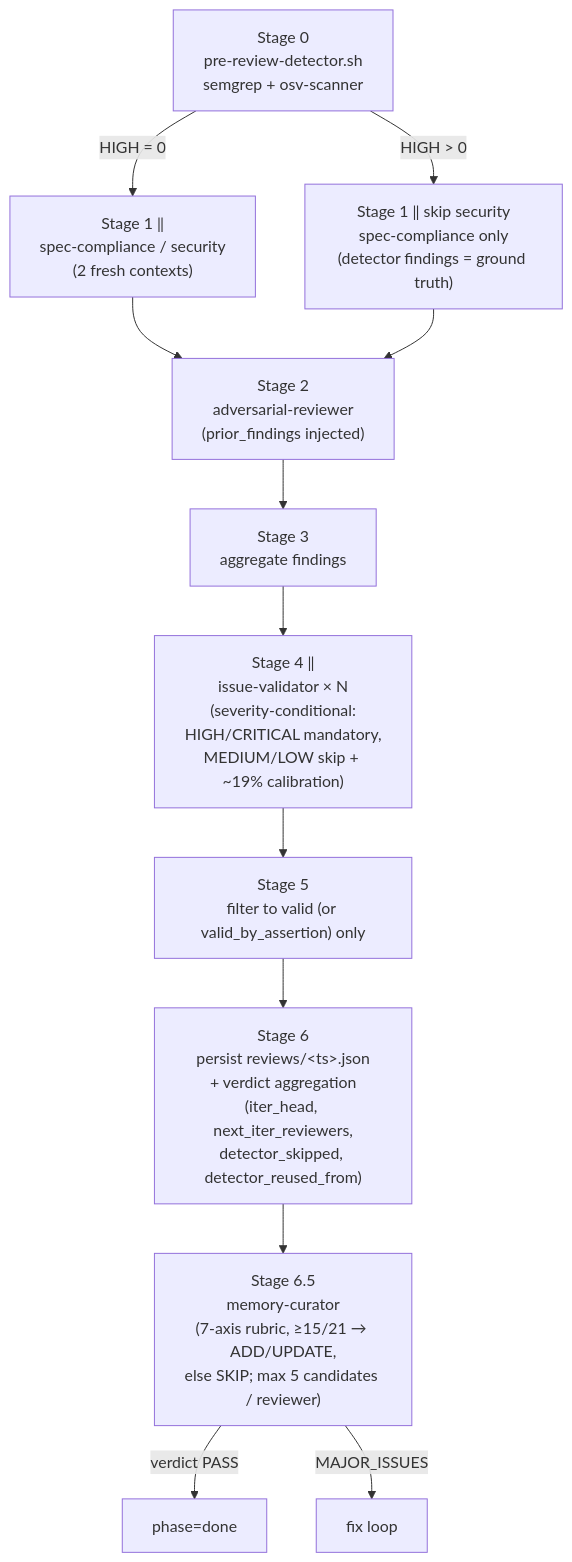
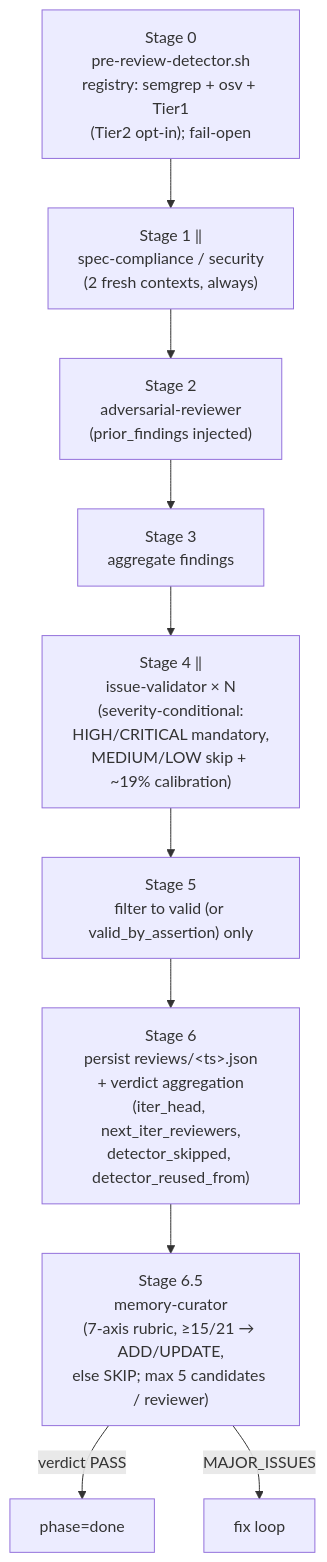
Before and after one commit to iroha924/mumei: the second of 2 diagrams in ARCHITECTURE.md, drawn with Mermaid. The commit also changed other lines of this file and 25 other files, not shown here.

First line of the commit message:
feat: class-aware fail-open review engine + standalone /mumei:review (REQ-27) (#115)

````diff
--- a/ARCHITECTURE.md
+++ b/ARCHITECTURE.md
@@ -167,21 +168,18 @@
 ```mermaid
 flowchart TD
-  S0["Stage 0<br/>pre-review-detector.sh<br/>semgrep + osv-scanner"]
-  S0 -->|HIGH = 0| S1A
-  S0 -->|HIGH > 0| S1B
+  S0["Stage 0<br/>pre-review-detector.sh<br/>registry: semgrep + osv + Tier1<br/>(Tier2 opt-in); fail-open"]
+  S0 --> S1A
 
-  S1A["Stage 1 ‖<br/>spec-compliance / security<br/>(2 fresh contexts)"]
-  S1B["Stage 1 ‖ skip security<br/>spec-compliance only<br/>(detector findings = ground truth)"]
+  S1A["Stage 1 ‖<br/>spec-compliance / security<br/>(2 fresh contexts, always)"]
 
   S1A --> S2
-  S1B --> S2
   S2["Stage 2<br/>adversarial-reviewer<br/>(prior_findings injected)"]
   S2 --> S3["Stage 3<br/>aggregate findings"]
   S3 --> S4["Stage 4 ‖<br/>issue-validator × N<br/>(severity-conditional:<br/>HIGH/CRITICAL mandatory,<br/>MEDIUM/LOW skip + ~19% calibration)"]
   S4 --> S5["Stage 5<br/>filter to valid (or valid_by_assertion) only"]
   S5 --> S6["Stage 6<br/>persist reviews/&lt;ts&gt;.json<br/>+ verdict aggregation<br/>(iter_head, next_iter_reviewers,<br/>detector_skipped, detector_reused_from)"]
 
   S6 --> S65["Stage 6.5<br/>memory-curator<br/>(7-axis rubric, ≥15/21 → ADD/UPDATE,<br/>else SKIP; max 5 candidates / reviewer)"]
   S65 -->|verdict PASS| D[phase=done]
   S65 -->|MAJOR_ISSUES| F[fix loop]
 ```
````
